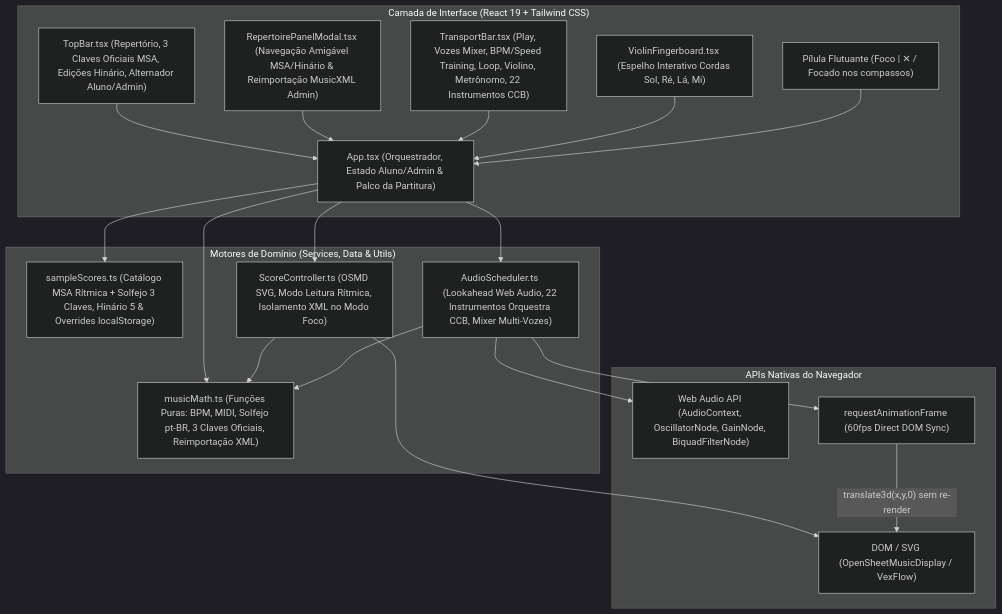
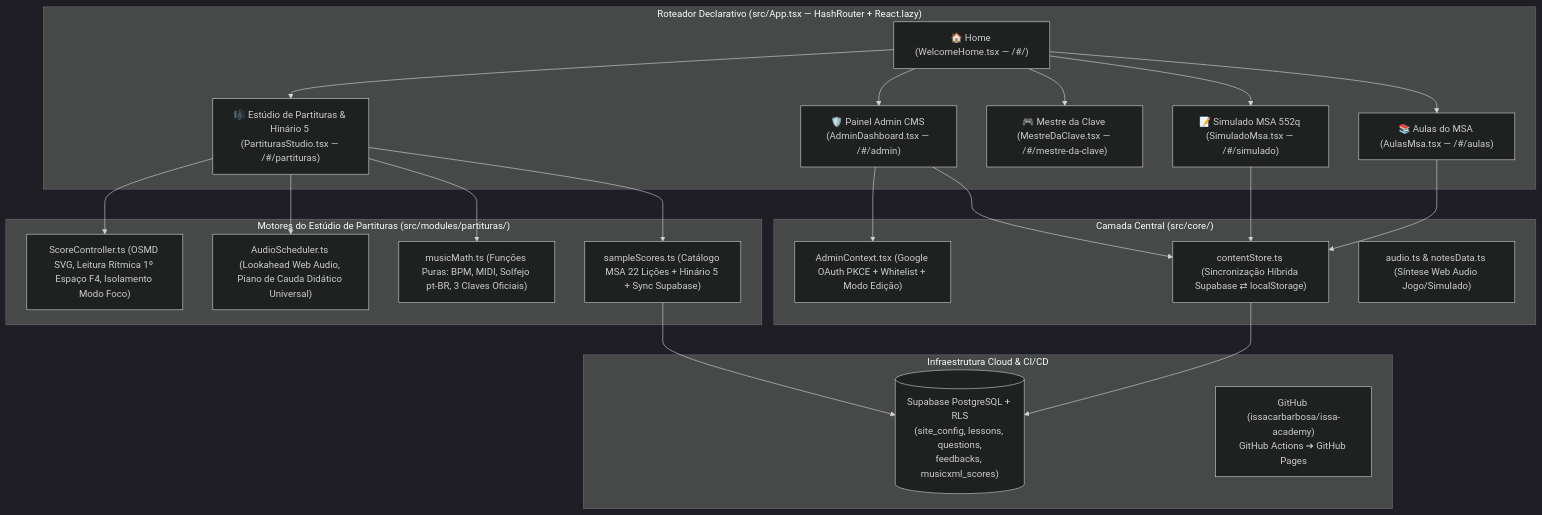
The first of 3 diagrams in ARCHITECTURE.md (issacarbarbosa/issa-academy), drawn with Mermaid (dark theme) before and after one commit. The commit also changed other lines of this file and 19 other files, not shown here.

````diff
--- a/ARCHITECTURE.md
+++ b/ARCHITECTURE.md
@@ -13,42 +12,47 @@
 ```mermaid
 flowchart TD
-    subgraph UI["Camada de Interface (React 19 + Tailwind CSS)"]
-        App["App.tsx (Orquestrador, Estado Aluno/Admin & Palco da Partitura)"]
-        TopBar["TopBar.tsx (Repertório, 3 Claves Oficiais MSA, Edições Hinário, Alternador Aluno/Admin)"]
-        RepModal["RepertoirePanelModal.tsx (Navegação Amigável MSA/Hinário & Reimportação MusicXML Admin)"]
-        TransportBar["TransportBar.tsx (Play, Vozes Mixer, BPM/Speed Training, Loop, Violino, Metrônomo, 22 Instrumentos CCB)"]
-        ViolinNeck["ViolinFingerboard.tsx (Espelho Interativo Cordas Sol, Ré, Lá, Mi)"]
-        LoopPill["Pílula Flutuante (Foco | ✕ / Focado nos compassos)"]
+    subgraph Router["Roteador Declarativo (src/App.tsx — HashRouter + React.lazy)"]
+        Home["🏠 Home (WelcomeHome.tsx — /#/)"]
+        Aulas["📚 Aulas do MSA (AulasMsa.tsx — /#/aulas)"]
+        Partituras["🎼 Estúdio de Partituras & Hinário 5 (PartiturasStudio.tsx — /#/partituras)"]
+        Mestre["🎮 Mestre da Clave (MestreDaClave.tsx — /#/mestre-da-clave)"]
+        Simulado["📝 Simulado MSA 552q (SimuladoMsa.tsx — /#/simulado)"]
+        Admin["🛡️ Painel Admin CMS (AdminDashboard.tsx — /#/admin)"]
     end
 
-    subgraph Engines["Motores de Domínio (Services, Data & Utils)"]
-        Catalog["sampleScores.ts (Catálogo MSA Rítmica + Solfejo 3 Claves, Hinário 5 & Overrides localStorage)"]
-        ScoreCtrl["ScoreController.ts (OSMD SVG, Modo Leitura Rítmica, Isolamento XML no Modo Foco)"]
-        AudioSched["AudioScheduler.ts (Lookahead Web Audio, 22 Instrumentos Orquestra CCB, Mixer Multi-Vozes)"]
-        MusicMath["musicMath.ts (Funções Puras: BPM, MIDI, Solfejo pt-BR, 3 Claves Oficiais, Reimportação XML)"]
+    subgraph Core["Camada Central (src/core/)"]
+        AdminCtx["AdminContext.tsx (Google OAuth PKCE + Whitelist + Modo Edição)"]
+        ContentStore["contentStore.ts (Sincronização Híbrida Supabase ⇄ localStorage)"]
+        CoreAudio["audio.ts & notesData.ts (Síntese Web Audio Jogo/Simulado)"]
     end
 
-    subgraph BrowserAPIs["APIs Nativas do Navegador"]
-        OSMD["DOM / SVG (OpenSheetMusicDisplay / VexFlow)"]
-        WebAudio["Web Audio API (AudioContext, OscillatorNode, GainNode, BiquadFilterNode)"]
-        RAF["requestAnimationFrame (60fps Direct DOM Sync)"]
+    subgraph PartiturasEngine["Motores do Estúdio de Partituras (src/modules/partituras/)"]
+        ScoreCtrl["ScoreController.ts (OSMD SVG, Leitura Rítmica 1º Espaço F4, Isolamento Modo Foco)"]
+        AudioSched["AudioScheduler.ts (Lookahead Web Audio, Piano de Cauda Didático Universal)"]
+        MusicMath["musicMath.ts (Funções Puras: BPM, MIDI, Solfejo pt-BR, 3 Claves Oficiais)"]
+        SampleScores["sampleScores.ts (Catálogo MSA 22 Lições + Hinário 5 + Sync Supabase)"]
     end
 
-    TopBar --> App
-    RepModal --> App
-    TransportBar --> App
-    ViolinNeck --> App
-    LoopPill --> App
+    subgraph Cloud["Infraestrutura Cloud & CI/CD"]
+        Supabase[("Supabase PostgreSQL + RLS\n(site_config, lessons, questions,\nfeedbacks, musicxml_scores)")]
+        GitHub["GitHub (issacarbarbosa/issa-academy)\nGitHub Actions ➔ GitHub Pages"]
+    end
 
-    App --> Catalog
-    App --> ScoreCtrl
-    App --> AudioSched
-    App --> MusicMath
-    ScoreCtrl --> MusicMath
-    AudioSched --> MusicMath
+    Home --> Aulas
+    Home --> Partituras
+    Home --> Mestre
+    Home --> Simulado
+    Home --> Admin
 
-    ScoreCtrl --> OSMD
-    AudioSched --> WebAudio
-    AudioSched --> RAF
-    RAF -->|"translate3d(x,y,0) sem re-render"| OSMD
+    Aulas --> ContentStore
+    Simulado --> ContentStore
+    Admin --> ContentStore
+    Admin --> AdminCtx
+    ContentStore --> Supabase
+
+    Partituras --> ScoreCtrl
+    Partituras --> AudioSched
+    Partituras --> MusicMath
+    Partituras --> SampleScores
+    SampleScores --> Supabase
 ```
````
